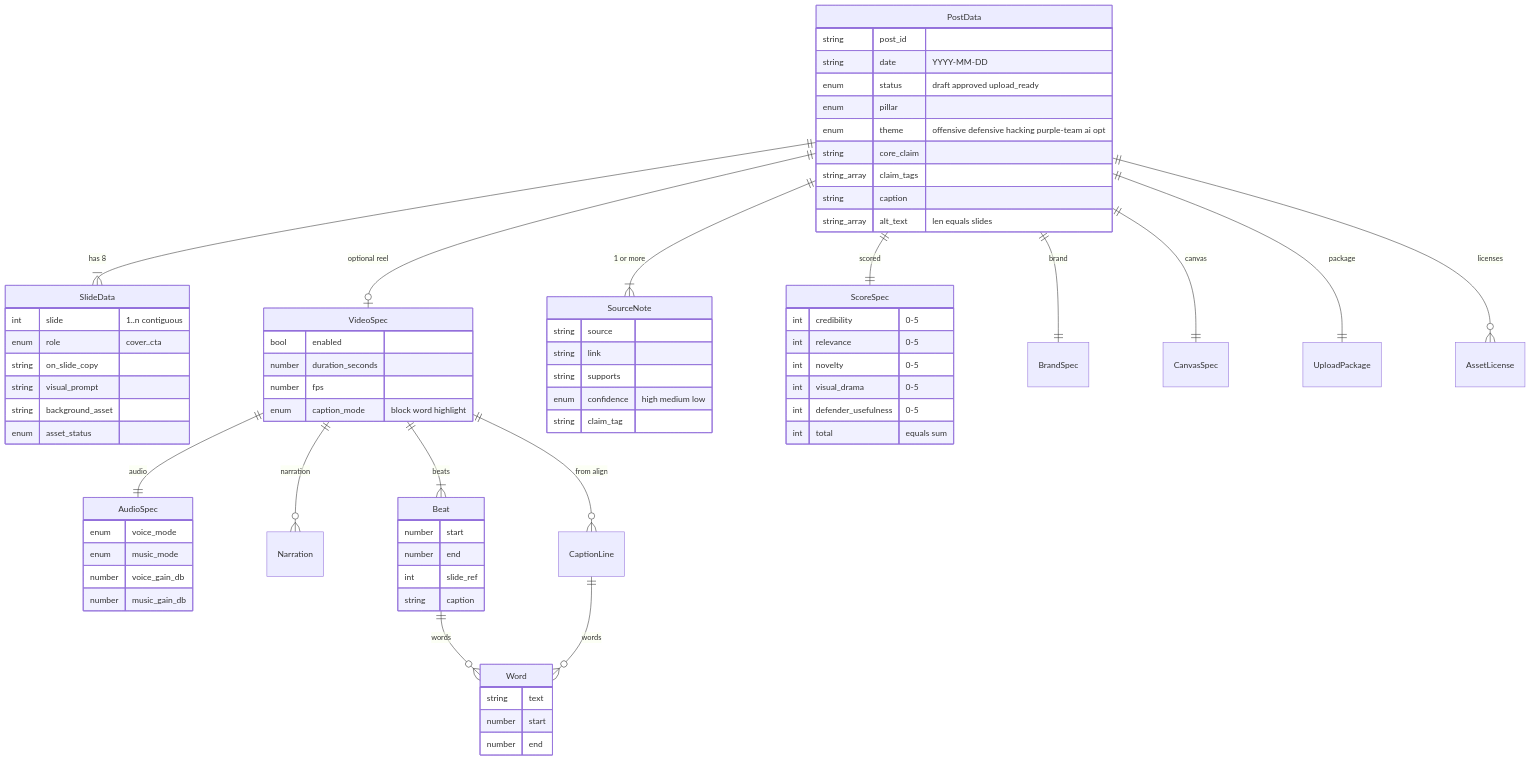
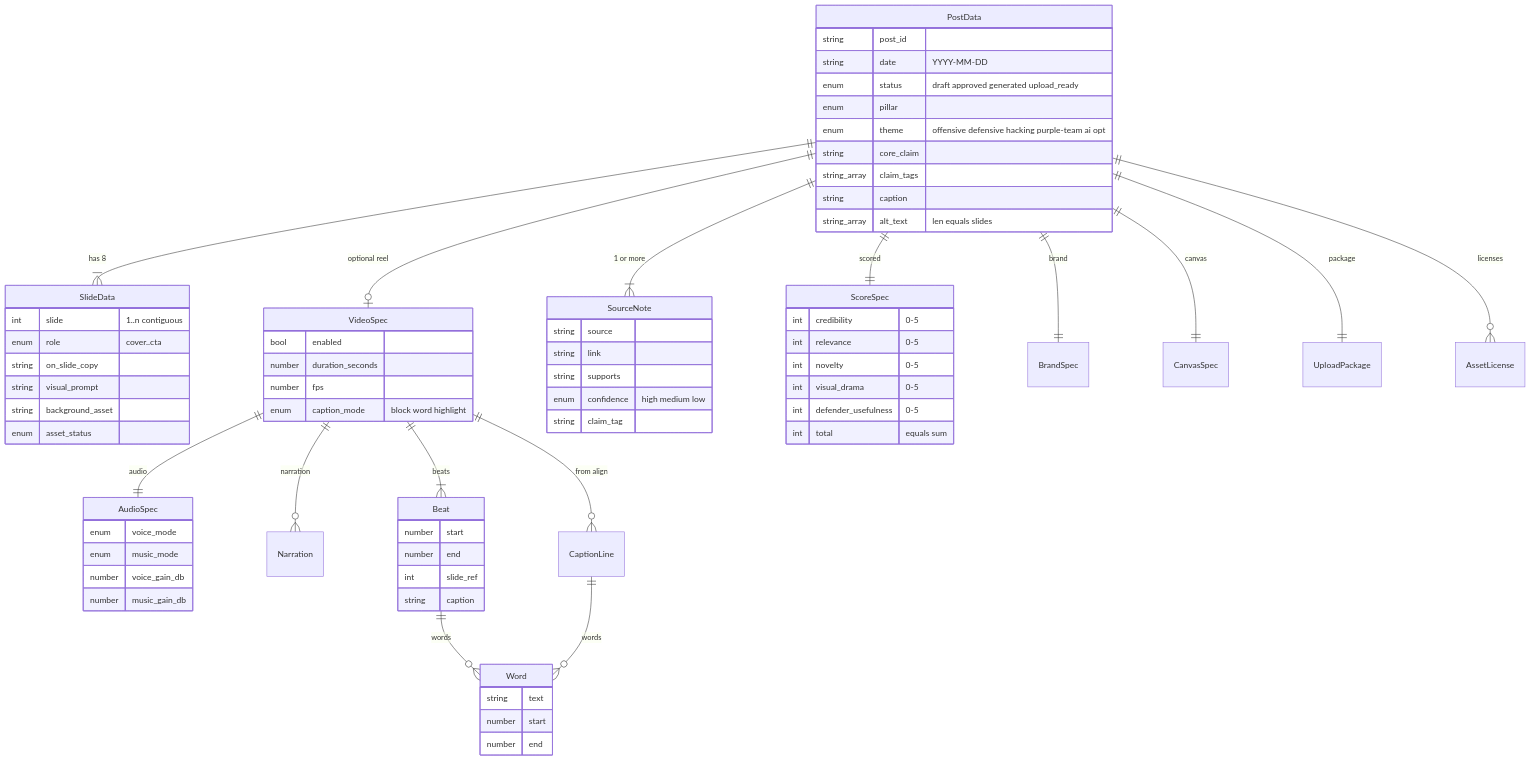
Before and after one commit to jondmarien/ai-ugc-pipeline: the second of 4 diagrams in renderer/docs/PROJECT_ARCHITECTURE.md, drawn with Mermaid. The commit also changed other lines of this file and 3 other files, not shown here.

First line of the commit message:
docs(architecture): add PUBLISHING_ARCHITECTURE; sync PROJECT/PIPELINE; tighten README Status

````diff
--- a/renderer/docs/PROJECT_ARCHITECTURE.md
+++ b/renderer/docs/PROJECT_ARCHITECTURE.md
@@ -119,74 +140,74 @@
 ```mermaid
 erDiagram
     PostData ||--|{ SlideData : "has 8"
     PostData ||--o| VideoSpec : "optional reel"
     PostData ||--|{ SourceNote : "1 or more"
     PostData ||--|| ScoreSpec : "scored"
     PostData ||--|| BrandSpec : "brand"
     PostData ||--|| CanvasSpec : "canvas"
     PostData ||--|| UploadPackage : "package"
     PostData ||--o{ AssetLicense : "licenses"
     VideoSpec ||--|| AudioSpec : "audio"
     VideoSpec ||--o{ Narration : "narration"
     VideoSpec ||--|{ Beat : "beats"
     VideoSpec ||--o{ CaptionLine : "from align"
     Beat ||--o{ Word : "words"
     CaptionLine ||--o{ Word : "words"
     PostData {
         string post_id
         string date "YYYY-MM-DD"
-        enum status "draft approved upload_ready"
+        enum status "draft approved generated upload_ready"
         enum pillar
         enum theme "offensive defensive hacking purple-team ai opt"
         string core_claim
         string_array claim_tags
         string caption
         string_array alt_text "len equals slides"
     }
     SlideData {
         int slide "1..n contiguous"
         enum role "cover..cta"
         string on_slide_copy
         string visual_prompt
         string background_asset
         enum asset_status
     }
     ScoreSpec {
         int credibility "0-5"
         int relevance "0-5"
         int novelty "0-5"
         int visual_drama "0-5"
         int defender_usefulness "0-5"
         int total "equals sum"
     }
     SourceNote {
         string source
         string link
         string supports
         enum confidence "high medium low"
         string claim_tag
     }
     VideoSpec {
         bool enabled
         number duration_seconds
         number fps
         enum caption_mode "block word highlight"
     }
     AudioSpec {
         enum voice_mode
         enum music_mode
         number voice_gain_db
         number music_gain_db
     }
     Beat {
         number start
         number end
         int slide_ref
         string caption
     }
     Word {
         string text
         number start
         number end
     }
 ```
````
